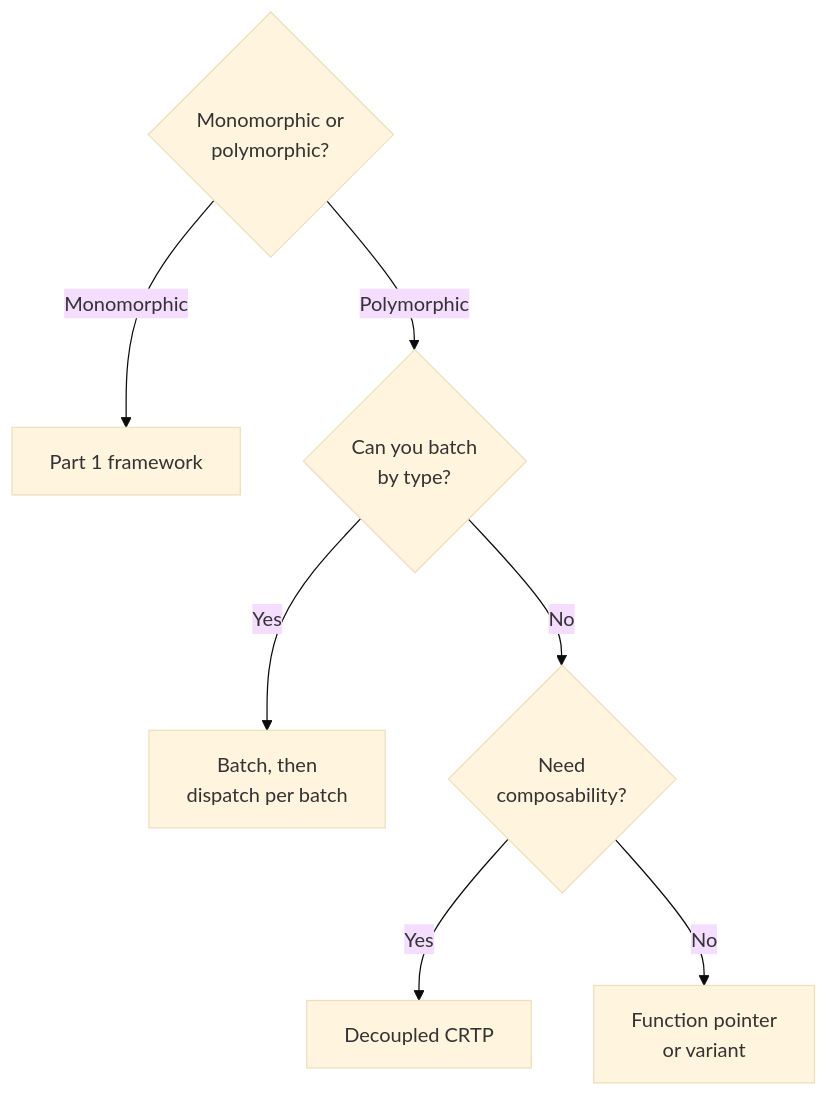
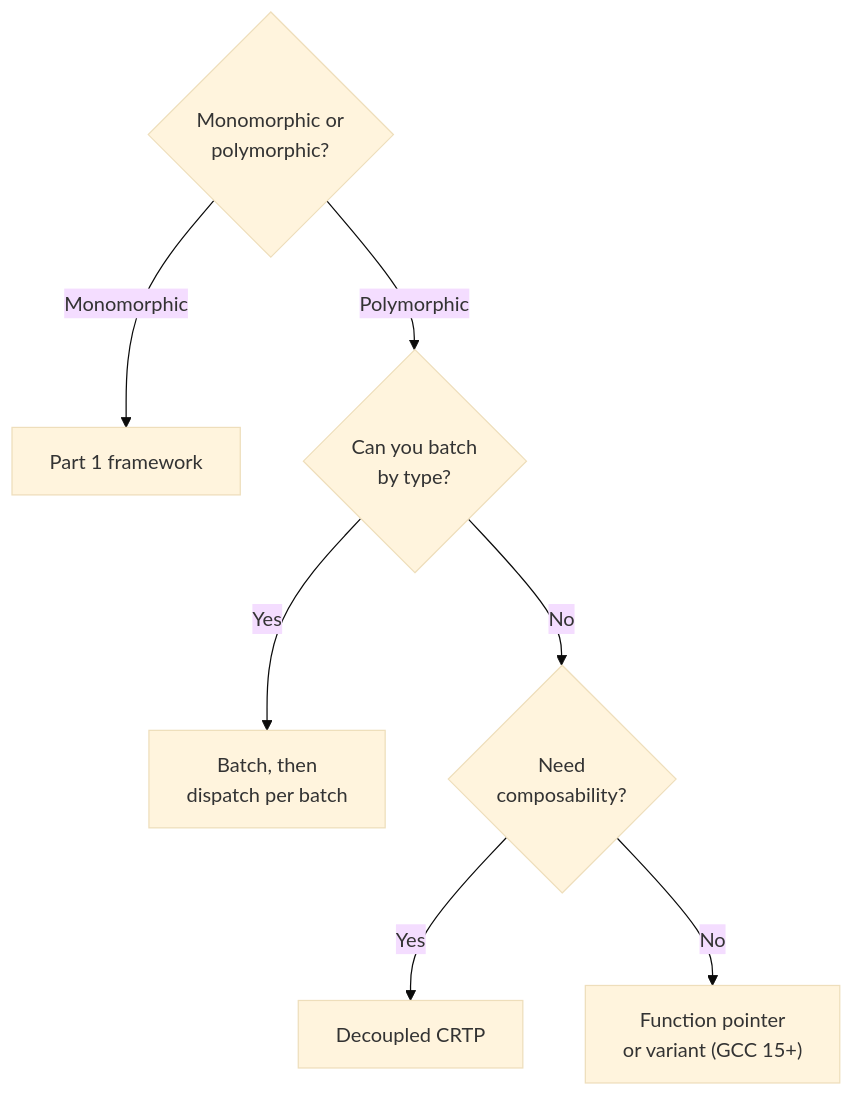
Before and after one commit to Shubhankar-Gambhir/Shubhankar-Gambhir.github.io: the diagram in _posts/2026-06-02-when-dispatch-mechanism-choice-stops-mattering.md, drawn with Mermaid (base theme). The commit also changed other lines of this file and 4 other files, not shown here.

````diff
--- a/_posts/2026-06-02-when-dispatch-mechanism-choice-stops-mattering.md
+++ b/_posts/2026-06-02-when-dispatch-mechanism-choice-stops-mattering.md
@@ -205,9 +206,9 @@
 ```mermaid
 flowchart TD
     A{Monomorphic or<br>polymorphic?} -->|Monomorphic| B[Part 1 framework]
     A -->|Polymorphic| C{Can you batch<br>by type?}
     C -->|Yes| D[Batch, then<br>dispatch per batch]
     C -->|No| E{Need<br>composability?}
     E -->|Yes| F[Decoupled CRTP]
-    E -->|No| G[Function pointer<br>or variant]
+    E -->|No| G["Function pointer<br>or variant (GCC 15+)"]
 ```
````
